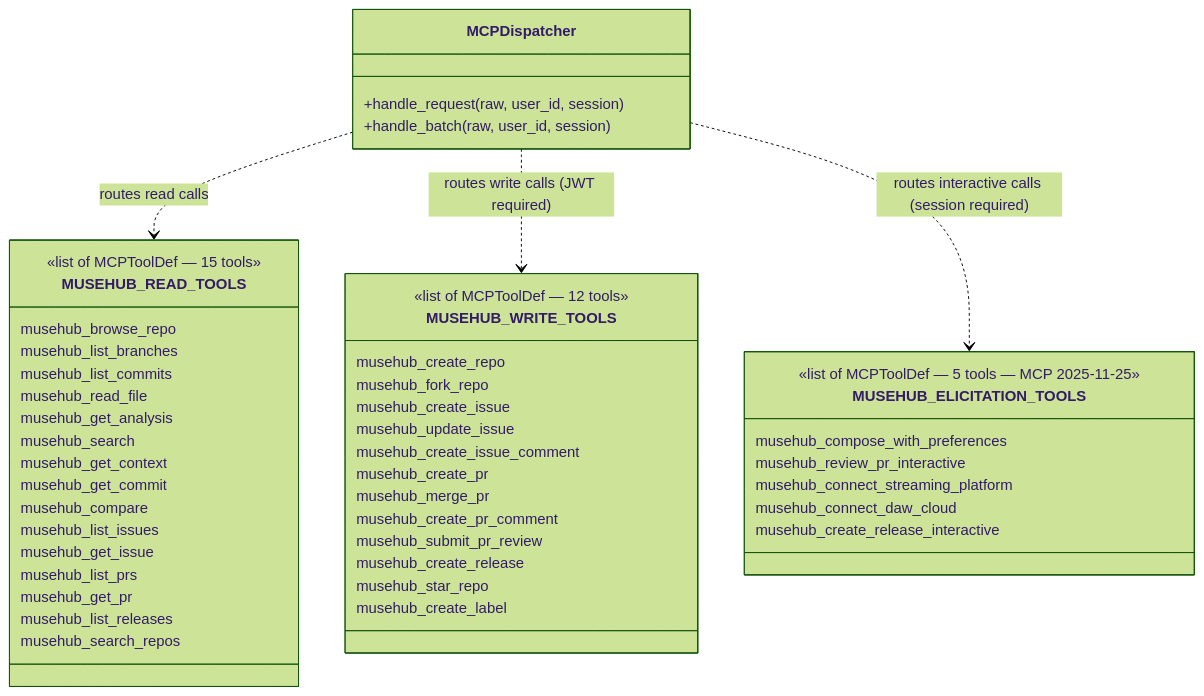
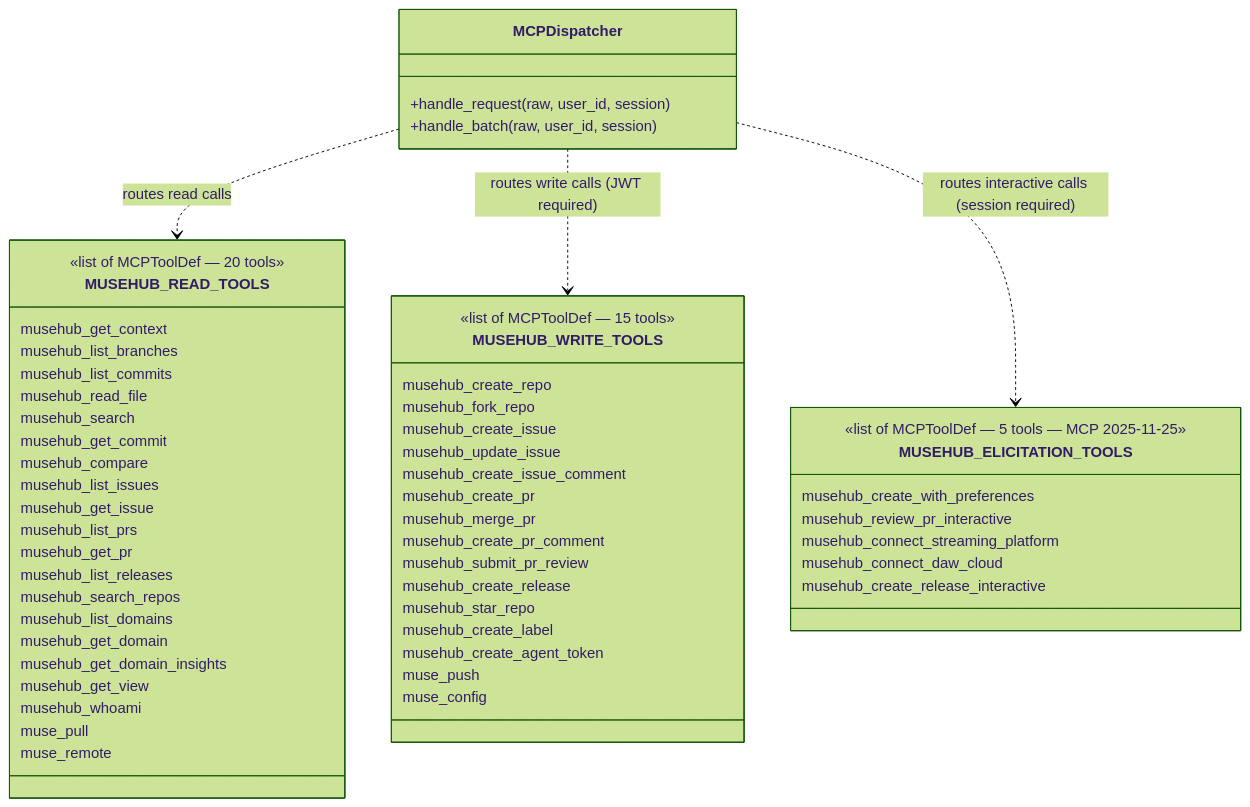
Before and after one commit to cgcardona/musehub: the second of 5 diagrams in docs/reference/mcp.md, drawn with Mermaid (forest theme). The commit also changed other lines of this file and 13 other files, not shown here.

````diff
--- a/docs/reference/mcp.md
+++ b/docs/reference/mcp.md
@@ -1195,52 +1354,60 @@
 ```mermaid
 classDiagram
     class MUSEHUB_READ_TOOLS {
-        <<list of MCPToolDef — 15 tools>>
-        musehub_browse_repo
+        <<list of MCPToolDef — 20 tools>>
+        musehub_get_context
         musehub_list_branches
         musehub_list_commits
         musehub_read_file
-        musehub_get_analysis
         musehub_search
-        musehub_get_context
         musehub_get_commit
         musehub_compare
         musehub_list_issues
         musehub_get_issue
         musehub_list_prs
         musehub_get_pr
         musehub_list_releases
         musehub_search_repos
+        musehub_list_domains
+        musehub_get_domain
+        musehub_get_domain_insights
+        musehub_get_view
+        musehub_whoami
+        muse_pull
+        muse_remote
     }
     class MUSEHUB_WRITE_TOOLS {
-        <<list of MCPToolDef — 12 tools>>
+        <<list of MCPToolDef — 15 tools>>
         musehub_create_repo
         musehub_fork_repo
         musehub_create_issue
         musehub_update_issue
         musehub_create_issue_comment
         musehub_create_pr
         musehub_merge_pr
         musehub_create_pr_comment
         musehub_submit_pr_review
         musehub_create_release
         musehub_star_repo
         musehub_create_label
+        musehub_create_agent_token
+        muse_push
+        muse_config
     }
     class MUSEHUB_ELICITATION_TOOLS {
         <<list of MCPToolDef — 5 tools — MCP 2025-11-25>>
-        musehub_compose_with_preferences
+        musehub_create_with_preferences
         musehub_review_pr_interactive
         musehub_connect_streaming_platform
         musehub_connect_daw_cloud
         musehub_create_release_interactive
     }
     class MCPDispatcher {
         +handle_request(raw, user_id, session)
         +handle_batch(raw, user_id, session)
     }
 
     MCPDispatcher ..> MUSEHUB_READ_TOOLS : routes read calls
     MCPDispatcher ..> MUSEHUB_WRITE_TOOLS : routes write calls (JWT required)
     MCPDispatcher ..> MUSEHUB_ELICITATION_TOOLS : routes interactive calls (session required)
 ```
````
